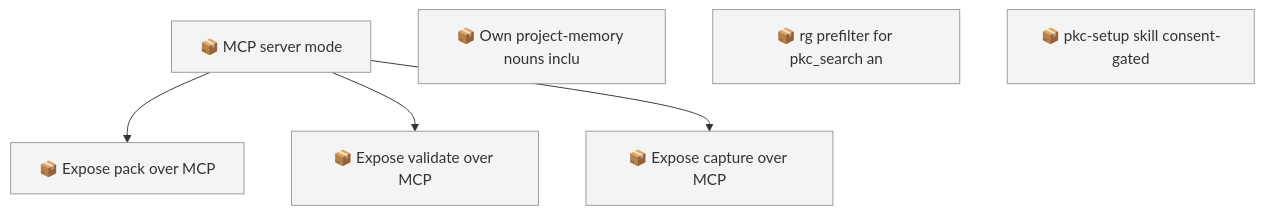
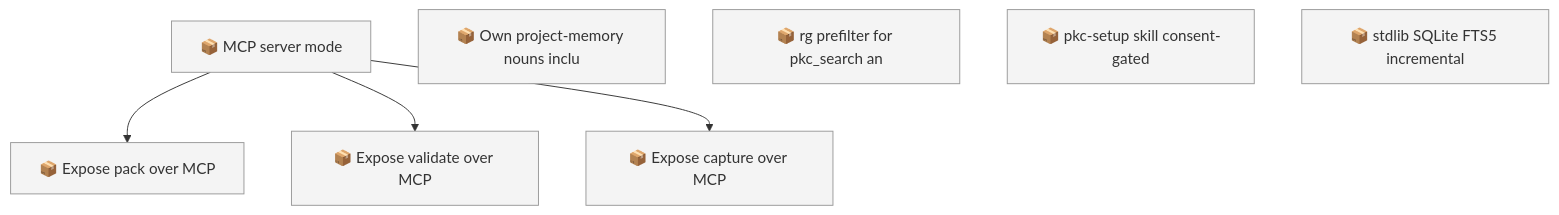
The first of 2 diagrams in docs/roadmap.md (SpillwaveSolutions/project-knowledge-capture), drawn with Mermaid before and after one commit. The commit also changed other lines of this file and 4 other files, not shown here.

````diff
--- a/docs/roadmap.md
+++ b/docs/roadmap.md
@@ -67,15 +74,16 @@
 ```mermaid
 graph TD
     01KZ75NQCMYGFYRCVJATEBVBRB["📦 MCP server mode"]
     01KZ75R3EXEG4GVGRP2S9CCKZ4["📦 Expose pack over MCP"]
     01KZ75R3M6BYQ643NKDCCSEEZC["📦 Expose validate over MCP"]
     01KZ75R3S2X1G4PCTGMMSR8BWA["📦 Expose capture over MCP"]
     01M0SZFFPWEVN9YX9D9RYZ1ZC1["📦 Own project-memory nouns inclu"]
     01M18Q792BSMYXM5F4WXBJ2CW4["📦 rg prefilter for pkc_search an"]
     01M18Q793WKR0FH409FAY6KHAT["📦 pkc-setup skill consent-gated"]
+    01M18QGFCPPCH3ZHMBQ2QW4JBF["📦 stdlib SQLite FTS5 incremental"]
     01KZ75NQCMYGFYRCVJATEBVBRB --> 01KZ75R3EXEG4GVGRP2S9CCKZ4
     01KZ75NQCMYGFYRCVJATEBVBRB --> 01KZ75R3M6BYQ643NKDCCSEEZC
     01KZ75NQCMYGFYRCVJATEBVBRB --> 01KZ75R3S2X1G4PCTGMMSR8BWA
     classDef todo fill:#f4f4f4,stroke:#999999
-    class 01KZ75NQCMYGFYRCVJATEBVBRB,01KZ75R3EXEG4GVGRP2S9CCKZ4,01KZ75R3M6BYQ643NKDCCSEEZC,01KZ75R3S2X1G4PCTGMMSR8BWA,01M0SZFFPWEVN9YX9D9RYZ1ZC1,01M18Q792BSMYXM5F4WXBJ2CW4,01M18Q793WKR0FH409FAY6KHAT todo
+    class 01KZ75NQCMYGFYRCVJATEBVBRB,01KZ75R3EXEG4GVGRP2S9CCKZ4,01KZ75R3M6BYQ643NKDCCSEEZC,01KZ75R3S2X1G4PCTGMMSR8BWA,01M0SZFFPWEVN9YX9D9RYZ1ZC1,01M18Q792BSMYXM5F4WXBJ2CW4,01M18Q793WKR0FH409FAY6KHAT,01M18QGFCPPCH3ZHMBQ2QW4JBF todo
 ```
````
